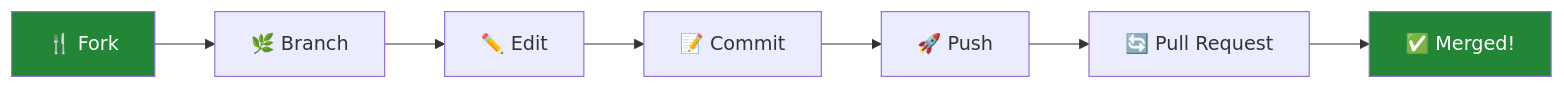
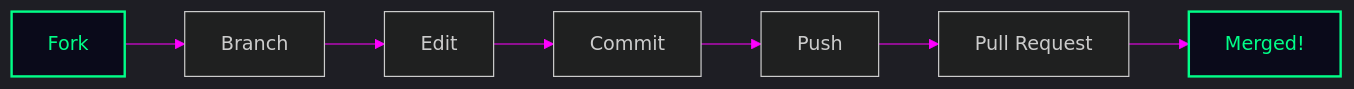
Before and after one commit to SpiralCloudOmega/DevTeam6: the ninth of 9 diagrams in README.md, drawn with Mermaid. The commit also changed other lines of this file, not shown here.

Commit message:
Add dark cyberpunk theme colors and improve text readability in mermaid diagrams

````diff
--- a/README.md
+++ b/README.md
@@ -2301,12 +2302,13 @@
 ```mermaid
+%%{init: {'theme': 'dark', 'themeVariables': { 'primaryColor': '#0a0a1a', 'primaryTextColor': '#ffffff', 'primaryBorderColor': '#00f0ff', 'lineColor': '#ff00ff', 'fontFamily': 'JetBrains Mono, monospace'}}}%%
 flowchart LR
-    A[🍴 Fork] --> B[🌿 Branch]
-    B --> C[✏️ Edit]
-    C --> D[📝 Commit]
-    D --> E[🚀 Push]
-    E --> F[🔄 Pull Request]
-    F --> G[✅ Merged!]
+    A[Fork] --> B[Branch]
+    B --> C[Edit]
+    C --> D[Commit]
+    D --> E[Push]
+    E --> F[Pull Request]
+    F --> G[Merged!]
     
-    style A fill:#238636,color:#fff
-    style G fill:#238636,color:#fff
+    style A fill:#0a0a1a,stroke:#00ff88,stroke-width:2px,color:#00ff88
+    style G fill:#0a0a1a,stroke:#00ff88,stroke-width:2px,color:#00ff88
 ```
````
